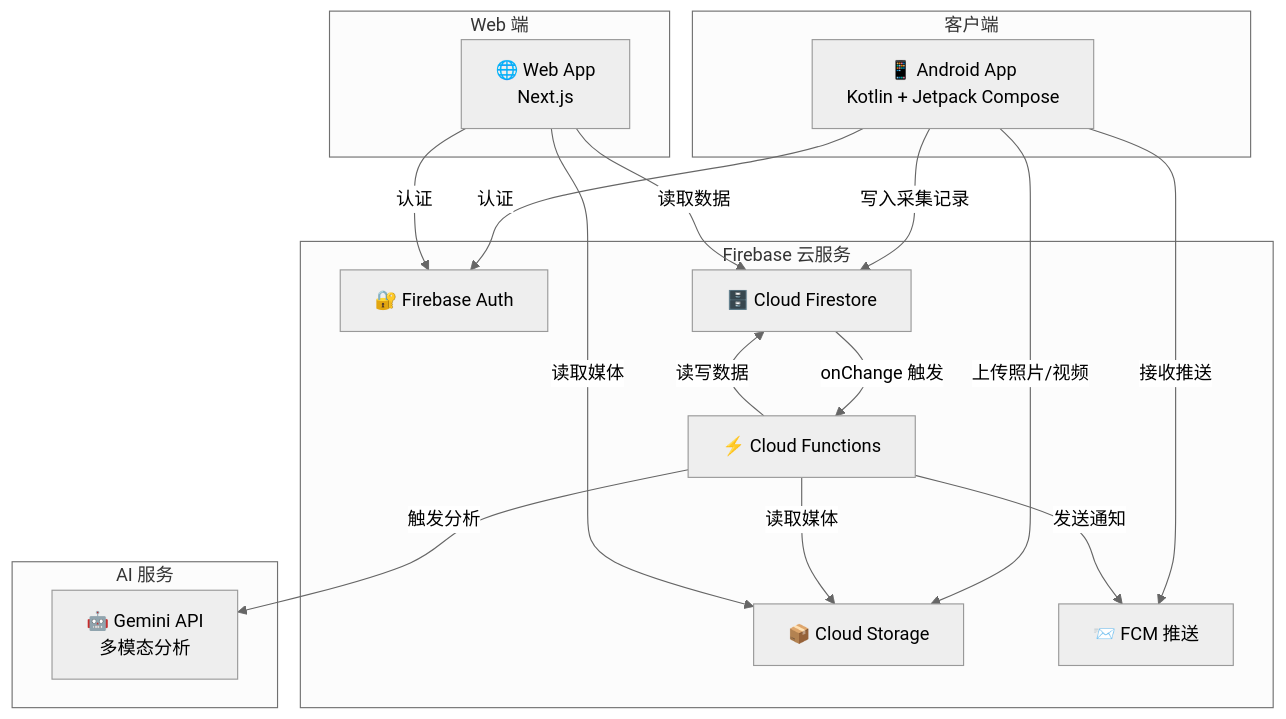
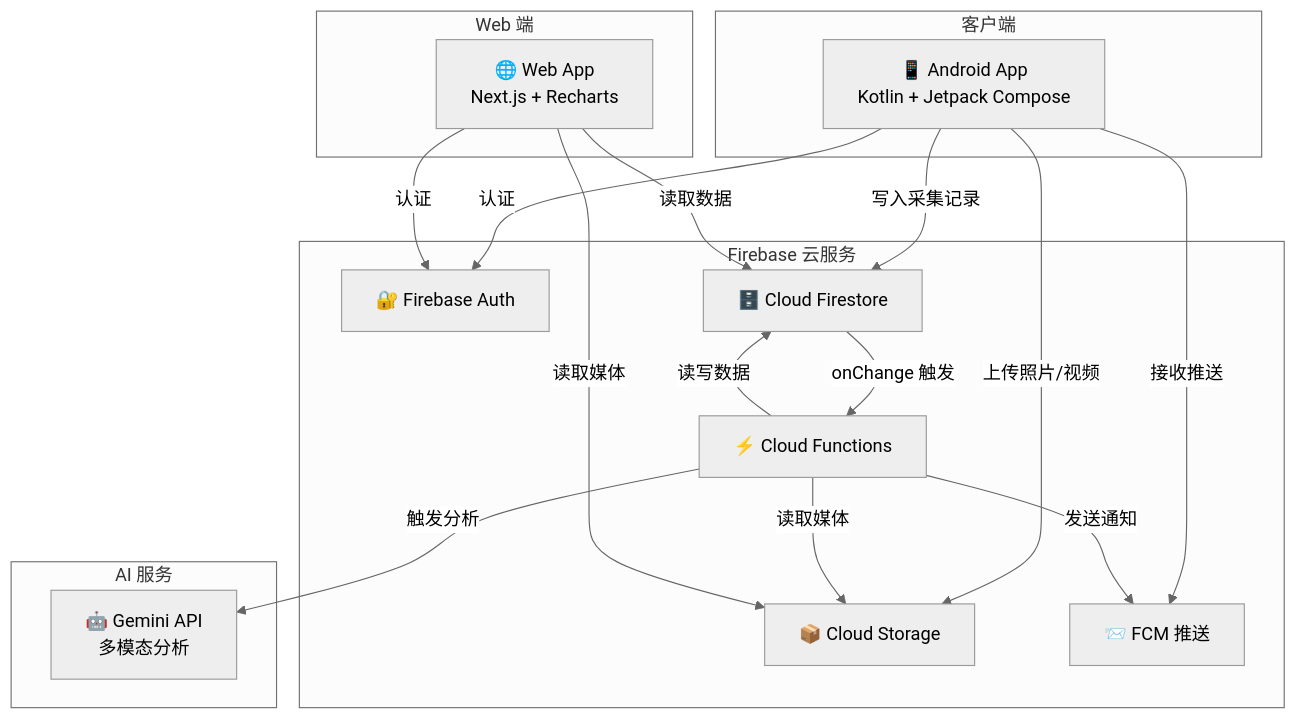
One commit to stand8one/mobhomework changed the first of 3 diagrams in technical_design.md. Above: the diagram before and after it, drawn with Mermaid (neutral theme). The commit also changed other lines of this file and 42 other files, not shown here.

Commit message:
feat: Implement offline upload for Android, scheduled cleanup for functions, and new reporting, trends, and authentication features for the web app, alongside extensive testing across all platforms.

````diff
--- a/technical_design.md
+++ b/technical_design.md
@@ -11,38 +12,38 @@
 ```mermaid
 graph TB
     subgraph "客户端"
         Android["📱 Android App<br/>Kotlin + Jetpack Compose"]
     end
 
     subgraph "Firebase 云服务"
         Auth["🔐 Firebase Auth"]
         Firestore["🗄️ Cloud Firestore"]
         Storage["📦 Cloud Storage"]
         FCM["📨 FCM 推送"]
         Functions["⚡ Cloud Functions"]
     end
 
     subgraph "AI 服务"
         Gemini["🤖 Gemini API<br/>多模态分析"]
     end
 
     subgraph "Web 端"
-        Web["🌐 Web App<br/>Next.js"]
+        Web["🌐 Web App<br/>Next.js + Recharts"]
     end
 
     Android -->|认证| Auth
     Android -->|上传照片/视频| Storage
     Android -->|写入采集记录| Firestore
     Android -->|接收推送| FCM
 
     Functions -->|触发分析| Gemini
     Functions -->|读写数据| Firestore
     Functions -->|读取媒体| Storage
     Functions -->|发送通知| FCM
 
     Web -->|认证| Auth
     Web -->|读取数据| Firestore
     Web -->|读取媒体| Storage
 
     Firestore -->|onChange 触发| Functions
 ```
````
